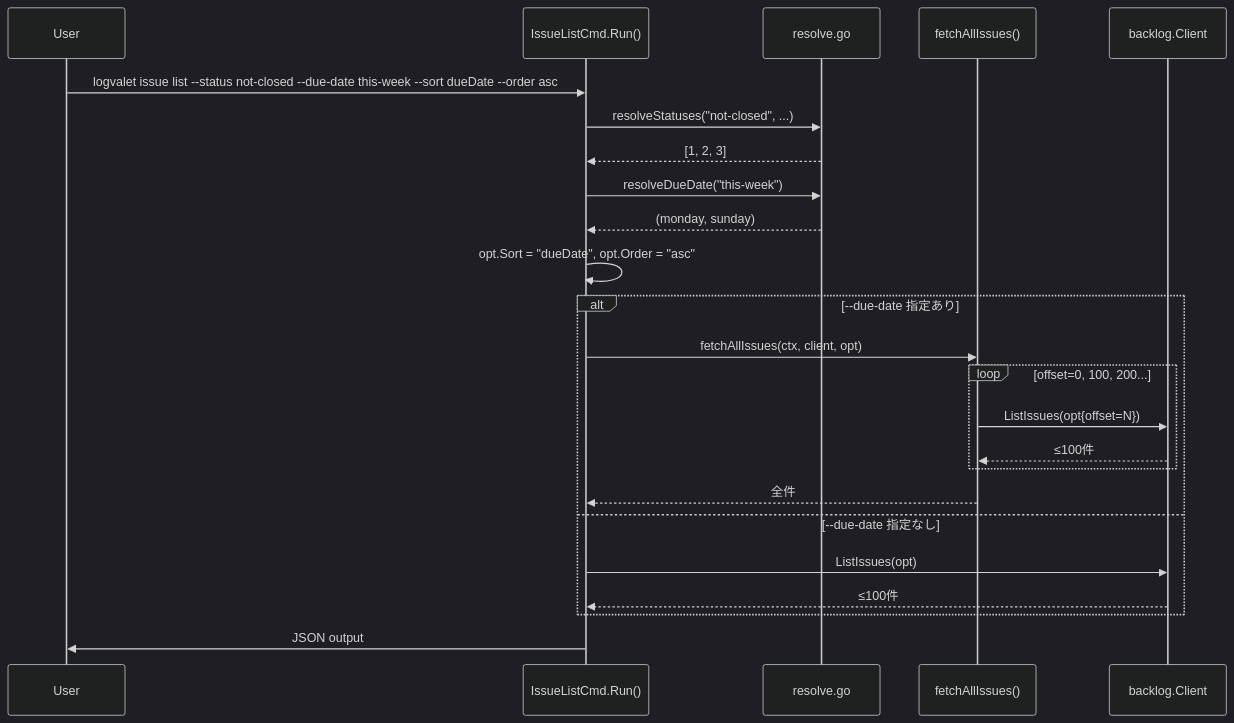
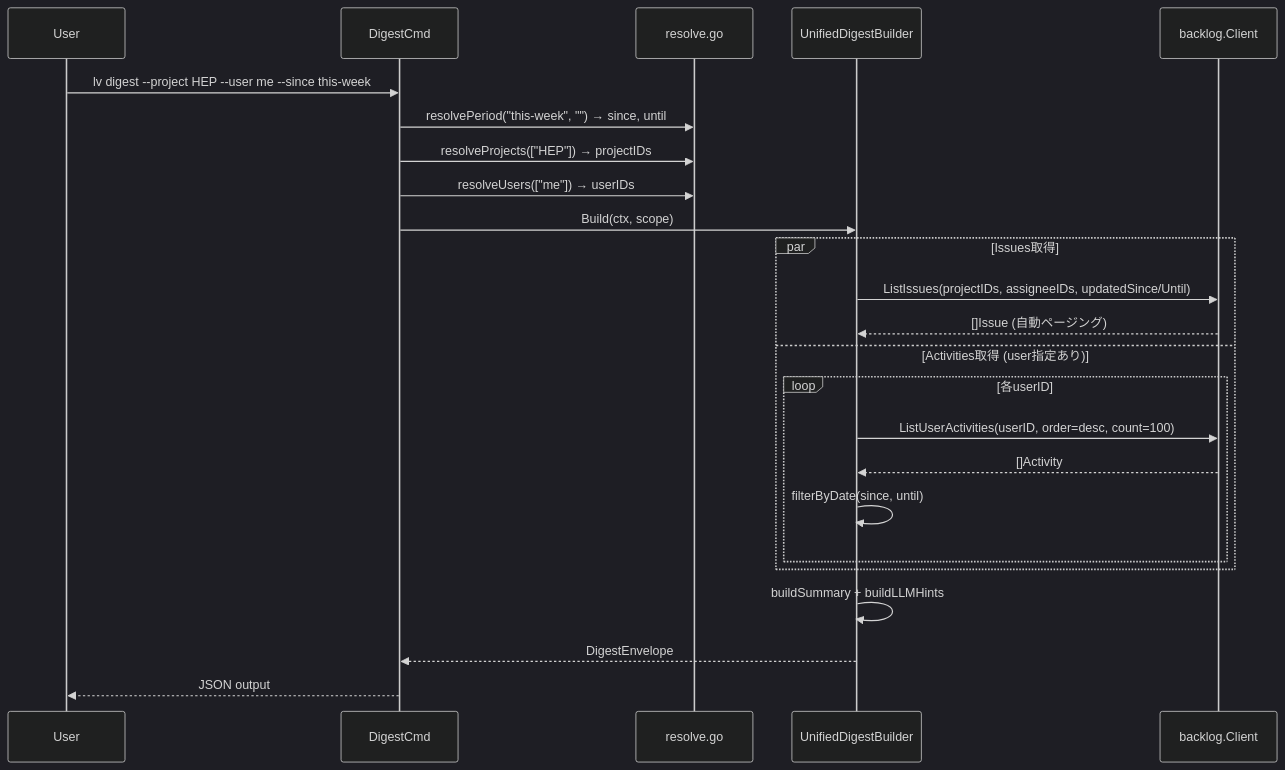
The first of 2 diagrams in plans/glittery-honking-toucan.md (youyo/logvalet), drawn with Mermaid (dark theme) before and after one commit. The commit also changed other lines of this file and 2 other files, not shown here.

First line of the commit message:
docs: add lv digest and --assignee team usage examples

````diff
--- a/plans/glittery-honking-toucan.md
+++ b/plans/glittery-honking-toucan.md
@@ -176,29 +137,29 @@
 ```mermaid
 sequenceDiagram
     participant User
-    participant CLI as IssueListCmd.Run()
-    participant Resolve as resolve.go
-    participant Paging as fetchAllIssues()
+    participant CLI as DigestCmd
+    participant Resolver as resolve.go
+    participant Builder as UnifiedDigestBuilder
     participant API as backlog.Client
 
-    User->>CLI: logvalet issue list --status not-closed --due-date this-week --sort dueDate --order asc
-    CLI->>Resolve: resolveStatuses("not-closed", ...)
-    Resolve-->>CLI: [1, 2, 3]
-    CLI->>Resolve: resolveDueDate("this-week")
-    Resolve-->>CLI: (monday, sunday)
-    CLI->>CLI: opt.Sort = "dueDate", opt.Order = "asc"
+    User->>CLI: lv digest --project HEP --user me --since this-week
+    CLI->>Resolver: resolvePeriod("this-week", "") → since, until
+    CLI->>Resolver: resolveProjects(["HEP"]) → projectIDs
+    CLI->>Resolver: resolveUsers(["me"]) → userIDs
+    CLI->>Builder: Build(ctx, scope)
 
-    alt --due-date 指定あり
-        CLI->>Paging: fetchAllIssues(ctx, client, opt)
-        loop offset=0, 100, 200...
-            Paging->>API: ListIssues(opt{offset=N})
-            API-->>Paging: ≤100件
+    par Issues取得
+        Builder->>API: ListIssues(projectIDs, assigneeIDs, updatedSince/Until)
+        API-->>Builder: []Issue (自動ページング)
+    and Activities取得 (user指定あり)
+        loop 各userID
+            Builder->>API: ListUserActivities(userID, order=desc, count=100)
+            API-->>Builder: []Activity
+            Builder->>Builder: filterByDate(since, until)
         end
-        Paging-->>CLI: 全件
-    else --due-date 指定なし
-        CLI->>API: ListIssues(opt)
-        API-->>CLI: ≤100件
     end
 
-    CLI->>User: JSON output
+    Builder->>Builder: buildSummary + buildLLMHints
+    Builder-->>CLI: DigestEnvelope
+    CLI-->>User: JSON output
 ```
````
